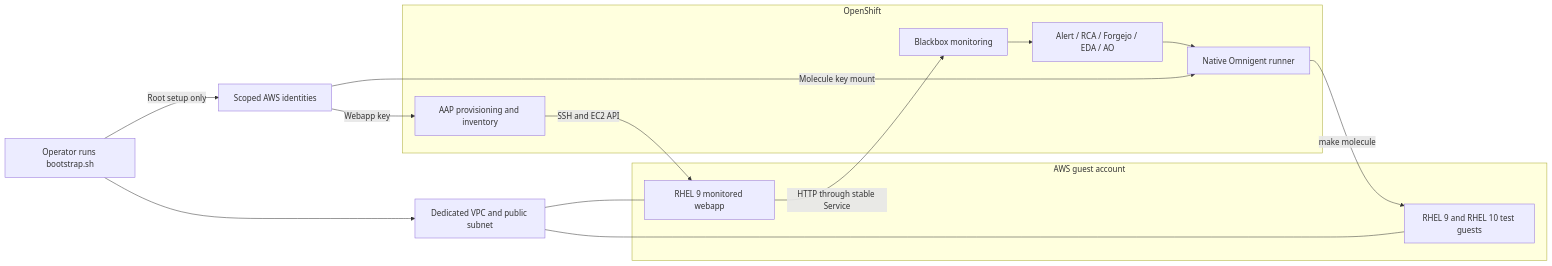
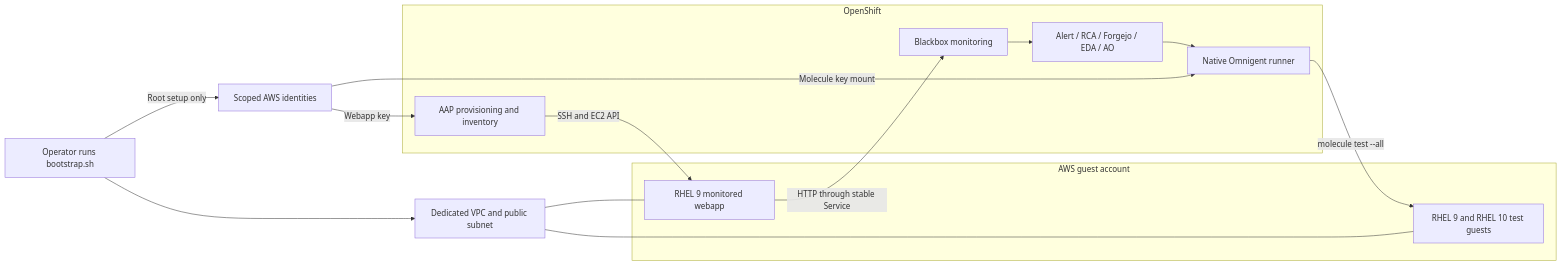
One commit to aiops-ansible-software-factory-demojam/openshift-gitops changed the diagram in docs/specs/aws-cnv-backends.md. Above: the diagram before and after it, drawn with Mermaid. The commit also changed other lines of this file and 6 other files, not shown here.

````diff
--- a/docs/specs/aws-cnv-backends.md
+++ b/docs/specs/aws-cnv-backends.md
@@ -64,23 +64,23 @@
 ```mermaid
 flowchart LR
   Boot[Operator runs bootstrap.sh] -->|Root setup only| IAM[Scoped AWS identities]
   Boot --> Net[Dedicated VPC and public subnet]
   subgraph OpenShift
     AAP[AAP provisioning and inventory]
     Probe[Blackbox monitoring]
     Flow[Alert / RCA / Forgejo / EDA / AO]
     Runner[Native Omnigent runner]
     Probe --> Flow --> Runner
   end
   subgraph GuestAccount[AWS guest account]
     Web[RHEL 9 monitored webapp]
     Tests[RHEL 9 and RHEL 10 test guests]
   end
   IAM -->|Webapp key| AAP
   IAM -->|Molecule key mount| Runner
   AAP -->|SSH and EC2 API| Web
   Web -->|HTTP through stable Service| Probe
-  Runner -->|make molecule| Tests
+  Runner -->|molecule test --all| Tests
   Net --- Web
   Net --- Tests
 ```
````
